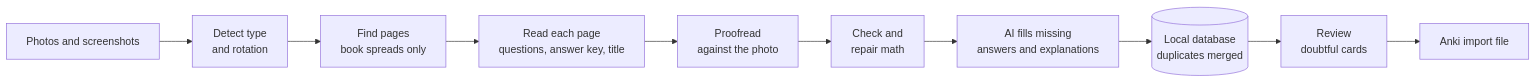
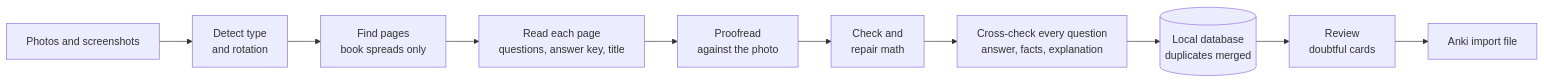
One commit to israk404/Qb2anki changed the diagram in README.md. Above: the diagram before and after it, drawn with Mermaid. The commit also changed other lines of this file and 23 other files, not shown here.

First line of the commit message:
QB to Anki 1.2.0: full AI cross-check and one-key / rotation switch

````diff
--- a/README.md
+++ b/README.md
@@ -35,12 +38,12 @@
 ```mermaid
 flowchart LR
     A[Photos and screenshots] --> B[Detect type<br/>and rotation]
     B --> C[Find pages<br/>book spreads only]
     C --> D[Read each page<br/>questions, answer key, title]
     D --> E[Proofread<br/>against the photo]
     E --> F[Check and<br/>repair math]
-    F --> G[AI fills missing<br/>answers and explanations]
+    F --> G[Cross-check every question<br/>answer, facts, explanation]
     G --> H[(Local database<br/>duplicates merged)]
     H --> I[Review<br/>doubtful cards]
     I --> J[Anki import file]
 ```
````
